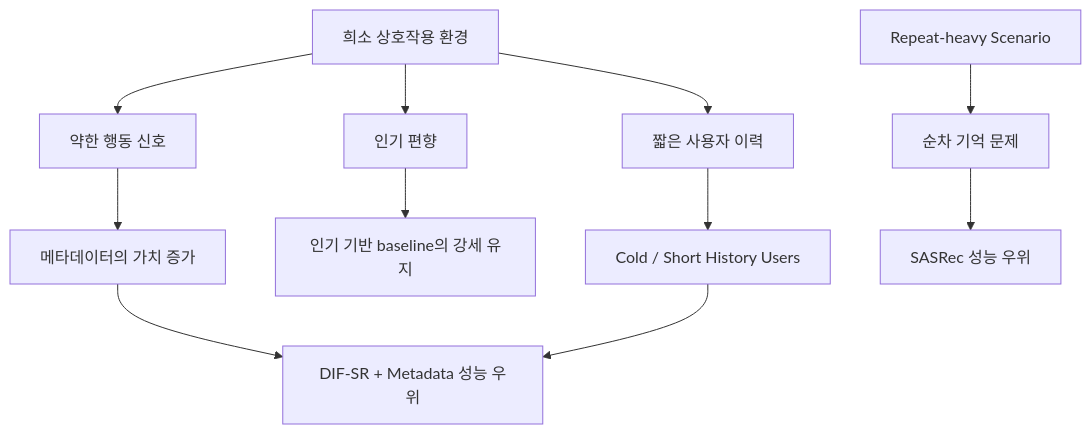
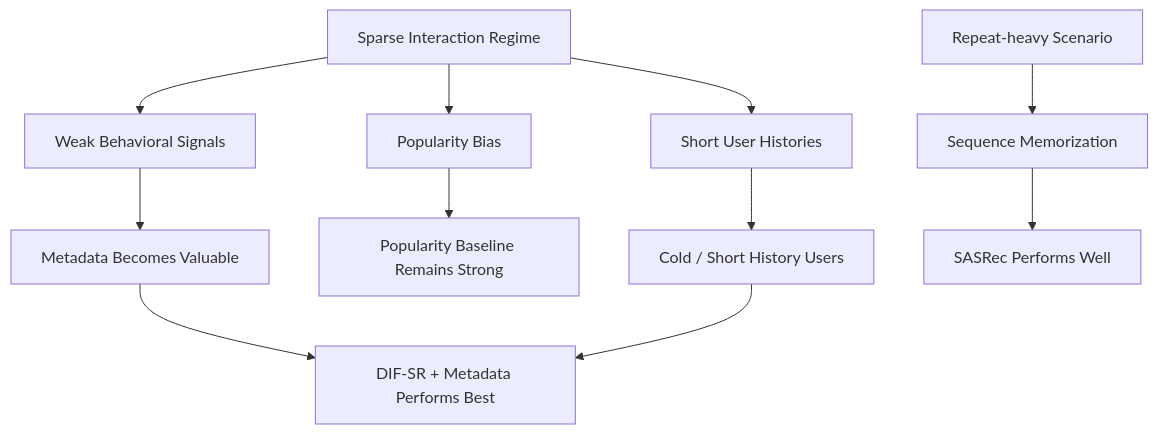
Before and after one commit to hyeongseok21/sequential-recommendation-under-sparsity: the fourth of 4 diagrams in README.md, drawn with Mermaid. The commit also changed other lines of this file, not shown here.

````diff
--- a/README.md
+++ b/README.md
@@ -387,22 +387,22 @@
 ```mermaid
 flowchart TD
 
-A["희소 상호작용 환경"]
+A["Sparse Interaction Regime"]
 
-A --> B["약한 행동 신호"]
-A --> C["짧은 사용자 이력"]
-A --> D["인기 편향"]
+A --> B["Weak Behavioral Signals"]
+A --> C["Short User Histories"]
+A --> D["Popularity Bias"]
 
-B --> E["메타데이터의 가치 증가"]
+B --> E["Metadata Becomes Valuable"]
 
-E --> F["DIF-SR + Metadata 성능 우위"]
+E --> F["DIF-SR + Metadata Performs Best"]
 
-D --> G["인기 기반 baseline의 강세 유지"]
+D --> G["Popularity Baseline Remains Strong"]
 
 C --> H["Cold / Short History Users"]
 
 H --> F
 
-I["Repeat-heavy Scenario"] --> J["순차 기억 문제"]
-J --> K["SASRec 성능 우위"]
+I["Repeat-heavy Scenario"] --> J["Sequence Memorization"]
+J --> K["SASRec Performs Well"]
 ```
````
